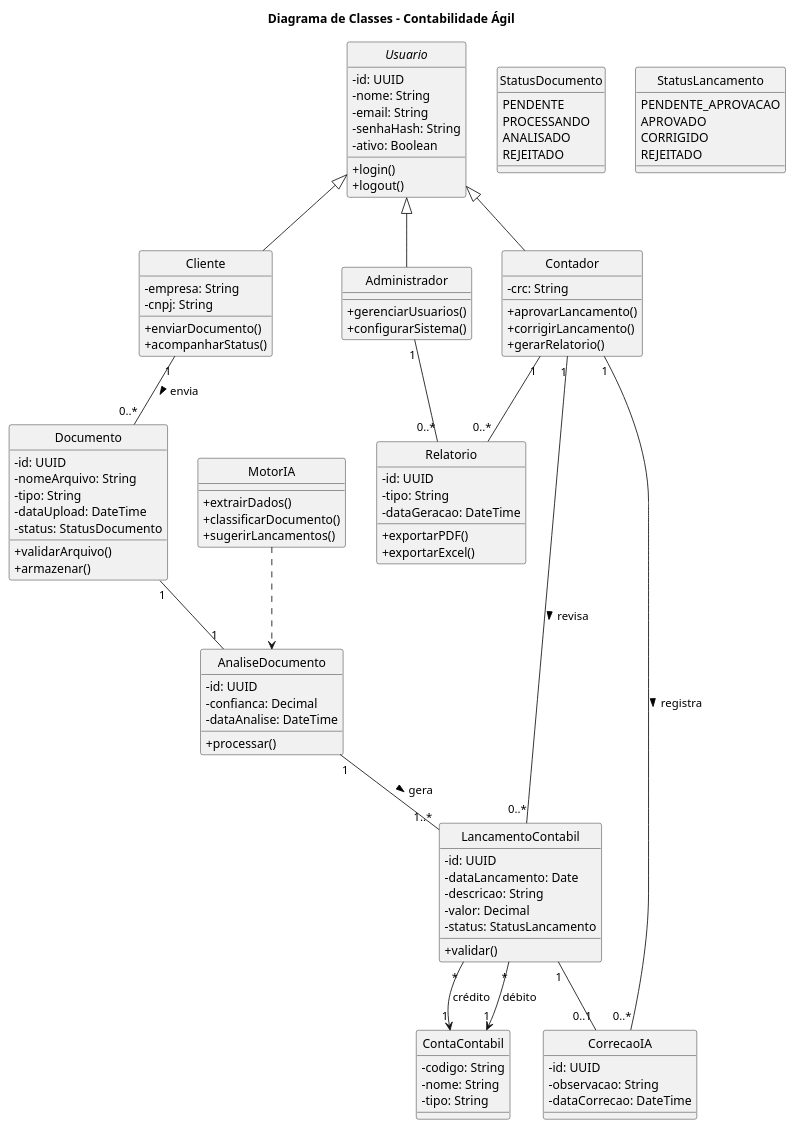
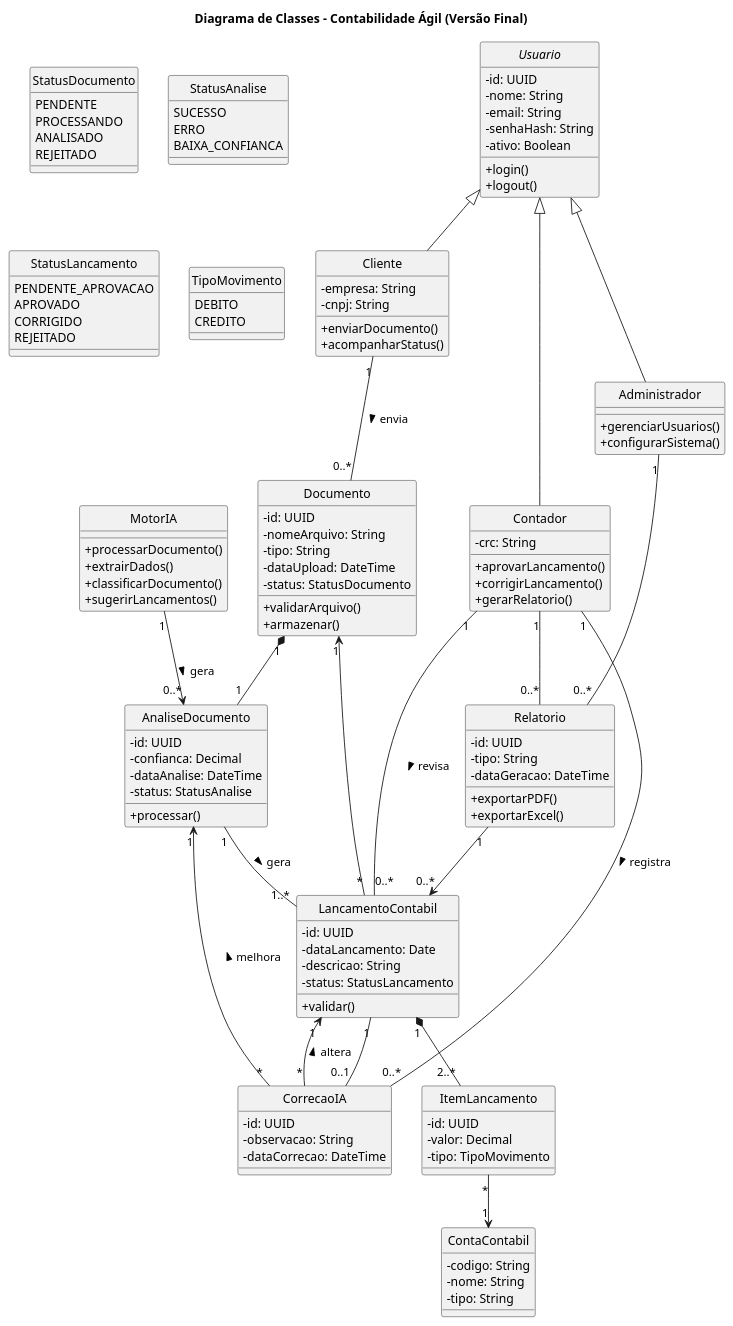
One commit to Engenharia-de-Software-Fatec/eng-softII-2026 changed the diagram in docs/diagramas/diagrama-classe.puml. Above: the diagram before and after it, drawn with PlantUML.

Commit message:
Atualizar o diagrama-classe.puml

```diff
--- a/docs/diagramas/diagrama-classe.puml
+++ b/docs/diagramas/diagrama-classe.puml
@@ -1,136 +1,168 @@
 @startuml
-title Diagrama de Classes - Contabilidade Ágil
+title Diagrama de Classes - Contabilidade Ágil (Versão Final)
 
 skinparam classAttributeIconSize 0
 skinparam style strictuml
-skinparam monochrome false
 
-' CLASSES PRINCIPAIS
-
+' ========================
+' USUÁRIOS
+' ========================
 abstract class Usuario {
   - id: UUID
   - nome: String
   - email: String
   - senhaHash: String
   - ativo: Boolean
   + login()
   + logout()
 }
 
 class Cliente {
   - empresa: String
   - cnpj: String
   + enviarDocumento()
   + acompanharStatus()
 }
 
 class Contador {
   - crc: String
   + aprovarLancamento()
   + corrigirLancamento()
   + gerarRelatorio()
 }
 
 class Administrador {
   + gerenciarUsuarios()
   + configurarSistema()
 }
 
 Usuario <|-- Cliente
 Usuario <|-- Contador
 Usuario <|-- Administrador
 
+' ========================
 ' DOCUMENTOS
-
+' ========================
 class Documento {
   - id: UUID
   - nomeArquivo: String
   - tipo: String
   - dataUpload: DateTime
   - status: StatusDocumento
   + validarArquivo()
   + armazenar()
 }
 
 enum StatusDocumento {
   PENDENTE
   PROCESSANDO
   ANALISADO
   REJEITADO
 }
 
 Cliente "1" -- "0..*" Documento : envia >
 
+' ========================
 ' IA / PROCESSAMENTO
-
+' ========================
 class MotorIA {
+  + processarDocumento()
   + extrairDados()
   + classificarDocumento()
   + sugerirLancamentos()
 }
 
 class AnaliseDocumento {
   - id: UUID
   - confianca: Decimal
   - dataAnalise: DateTime
+  - status: StatusAnalise
   + processar()
 }
 
-Documento "1" -- "1" AnaliseDocumento
-MotorIA ..> AnaliseDocumento
+enum StatusAnalise {
+  SUCESSO
+  ERRO
+  BAIXA_CONFIANCA
+}
 
+Documento "1" *-- "1" AnaliseDocumento
+MotorIA "1" --> "0..*" AnaliseDocumento : gera >
+
+' ========================
 ' LANÇAMENTOS CONTÁBEIS
-
+' ========================
 class LancamentoContabil {
   - id: UUID
   - dataLancamento: Date
   - descricao: String
-  - valor: Decimal
   - status: StatusLancamento
   + validar()
 }
 
 enum StatusLancamento {
   PENDENTE_APROVACAO
   APROVADO
   CORRIGIDO
   REJEITADO
 }
 
+class ItemLancamento {
+  - id: UUID
+  - valor: Decimal
+  - tipo: TipoMovimento
+}
+
+enum TipoMovimento {
+  DEBITO
+  CREDITO
+}
+
 class ContaContabil {
   - codigo: String
   - nome: String
   - tipo: String
 }
 
+' Relações contábeis corretas
 AnaliseDocumento "1" -- "1..*" LancamentoContabil : gera >
-LancamentoContabil "*" --> "1" ContaContabil : débito
-LancamentoContabil "*" --> "1" ContaContabil : crédito
+LancamentoContabil "1" *-- "2..*" ItemLancamento
+ItemLancamento "*" --> "1" ContaContabil
 
+' Rastreabilidade (IMPORTANTE)
+LancamentoContabil "*" --> "1" Documento
+
+' Revisão do contador
 Contador "1" -- "0..*" LancamentoContabil : revisa >
 
+' ========================
 ' FEEDBACK / APRENDIZADO
-
+' ========================
 class CorrecaoIA {
   - id: UUID
   - observacao: String
   - dataCorrecao: DateTime
 }
 
 LancamentoContabil "1" -- "0..1" CorrecaoIA
+CorrecaoIA "*" --> "1" LancamentoContabil : altera >
+CorrecaoIA "*" --> "1" AnaliseDocumento : melhora >
+
 Contador "1" -- "0..*" CorrecaoIA : registra >
 
+' ========================
 ' RELATÓRIOS
-
+' ========================
 class Relatorio {
   - id: UUID
   - tipo: String
   - dataGeracao: DateTime
   + exportarPDF()
   + exportarExcel()
 }
 
+Relatorio "1" --> "0..*" LancamentoContabil
 Contador "1" -- "0..*" Relatorio
 Administrador "1" -- "0..*" Relatorio
 
 @enduml
```
